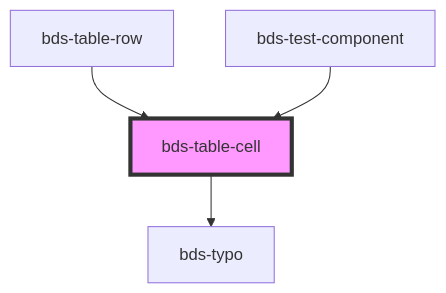
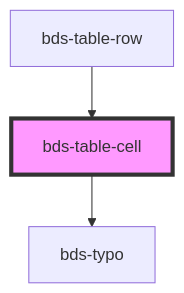
One commit to takenet/blip-ds changed the diagram in src/components/table/table-cell/readme.md. Above: the diagram before and after it, drawn with Mermaid. The commit also changed other lines of this file and 13 other files, not shown here.

````diff
--- a/src/components/table/table-cell/readme.md
+++ b/src/components/table/table-cell/readme.md
@@ -28,7 +27,6 @@
 ```mermaid
 graph TD;
   bds-table-cell --> bds-typo
   bds-table-row --> bds-table-cell
-  bds-test-component --> bds-table-cell
   style bds-table-cell fill:#f9f,stroke:#333,stroke-width:4px
 ```
````
